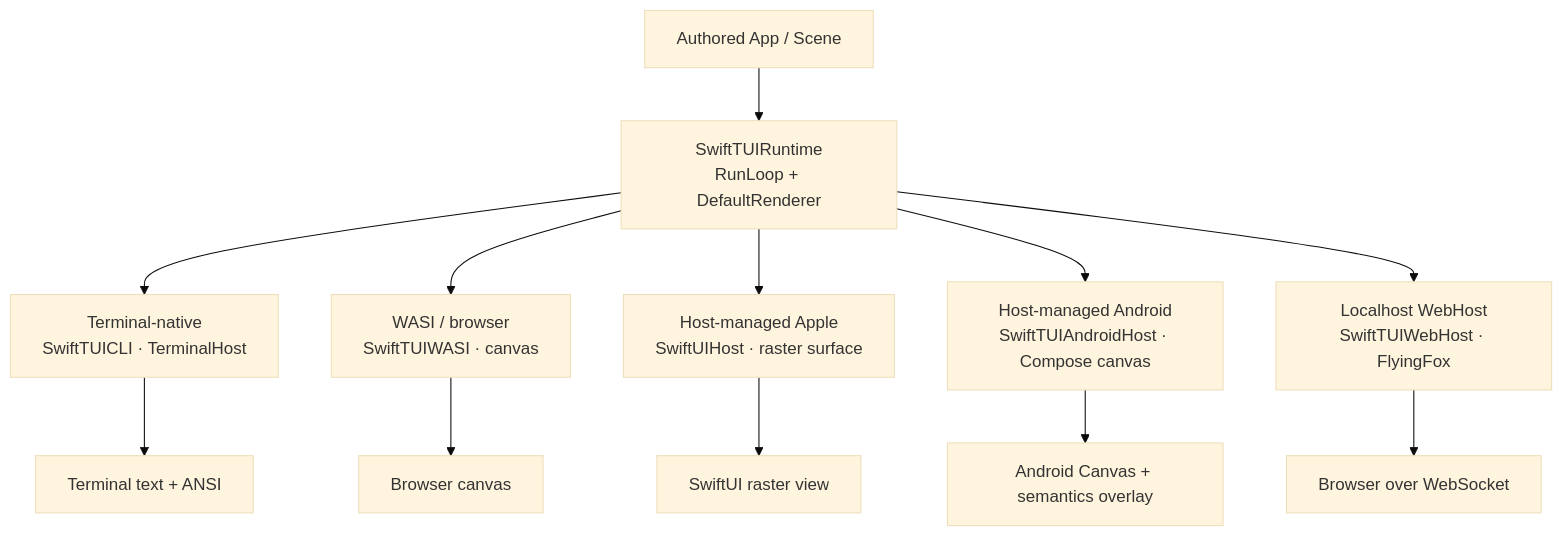
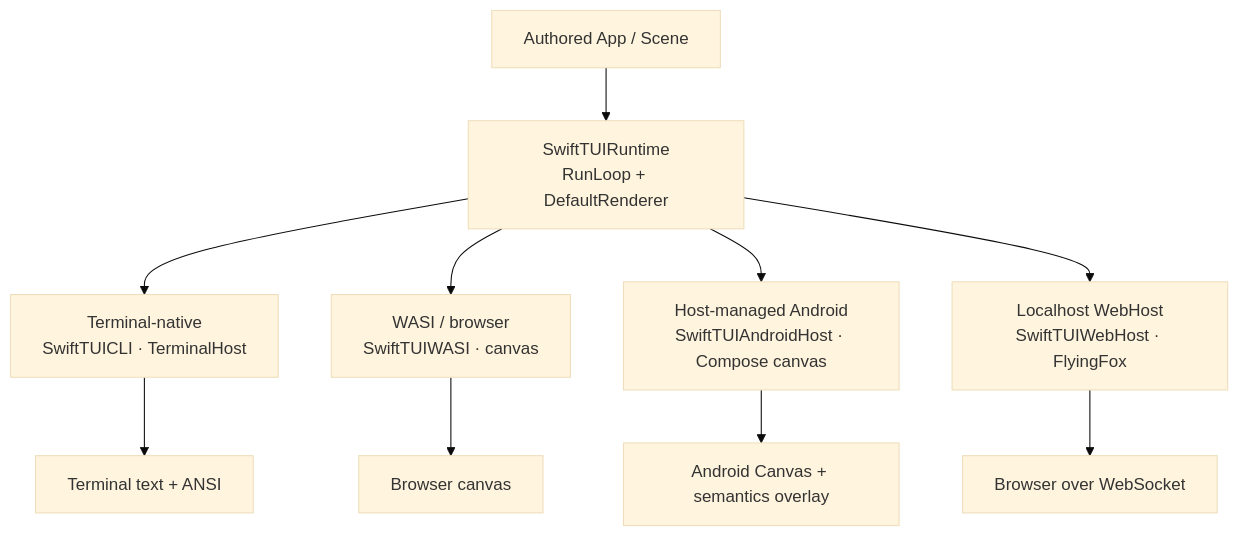
The first of 3 diagrams in docs/HOSTS-AND-PLATFORMS.md (SwiftTUI/swift-tui), drawn with Mermaid (base theme) before and after one commit. The commit also changed other lines of this file and 64 other files, not shown here.

First line of the commit message:
refactor: extract SwiftUIHost into the swift-tui-swiftui package

````diff
--- a/docs/HOSTS-AND-PLATFORMS.md
+++ b/docs/HOSTS-AND-PLATFORMS.md
@@ -10,18 +15,16 @@
 ```mermaid
 flowchart TD
     app["Authored App / Scene"]
     runtime["SwiftTUIRuntime<br/>RunLoop + DefaultRenderer"]
     app --> runtime
 
     runtime --> term["Terminal-native<br/>SwiftTUICLI · TerminalHost"]
     runtime --> wasi["WASI / browser<br/>SwiftTUIWASI · canvas"]
-    runtime --> host["Host-managed Apple<br/>SwiftUIHost · raster surface"]
     runtime --> androidHost["Host-managed Android<br/>SwiftTUIAndroidHost · Compose canvas"]
     runtime --> web["Localhost WebHost<br/>SwiftTUIWebHost · FlyingFox"]
 
     term --> termOut["Terminal text + ANSI"]
     wasi --> wasiOut["Browser canvas"]
-    host --> hostOut["SwiftUI raster view"]
     androidHost --> androidOut["Android Canvas + semantics overlay"]
     web --> webOut["Browser over WebSocket"]
 ```
````
